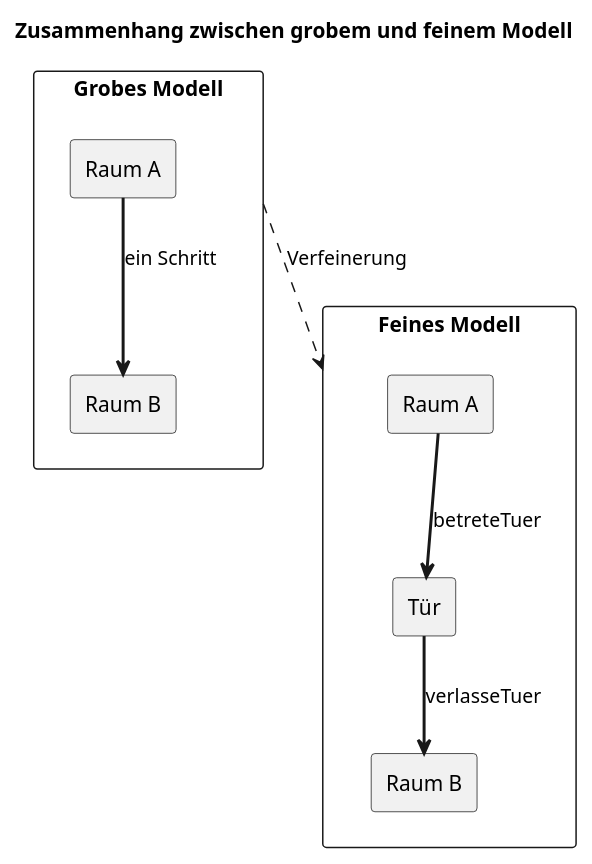
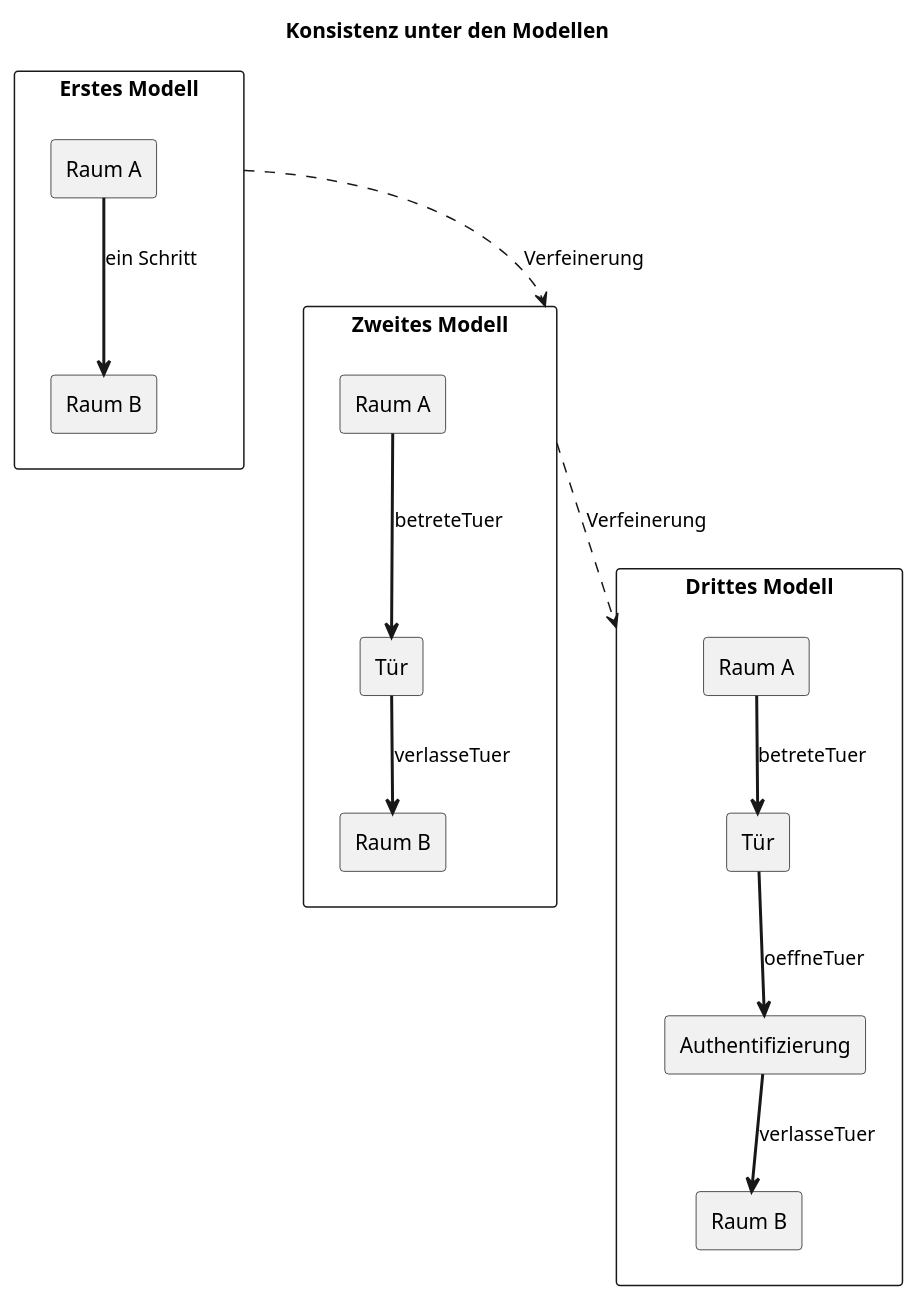
One commit to AnnaLiviaMartin/rs-smart-home changed the sixth of 6 diagrams in docs/IDEE.md. Above: the diagram before and after it, drawn with PlantUML. The commit also changed other lines of this file, not shown here.

````diff
--- a/docs/IDEE.md
+++ b/docs/IDEE.md
@@ -333,23 +380,35 @@
 ```plantuml
 @startuml
-title Zusammenhang zwischen grobem und feinem Modell
+title Konsistenz unter den Modellen
 
-rectangle "Grobes Modell" as Grob {
+rectangle "Erstes Modell" as Eins {
   rectangle "Raum A" as GA
   rectangle "Raum B" as GB
   GA -[bold]-> GB : ein Schritt
 }
 
-rectangle "Feines Modell" as Fein {
+rectangle "Zweites Modell" as Zwei {
   rectangle "Raum A" as FA
   rectangle "Tür" as FT
   rectangle "Raum B" as FB
 
   FA -[bold]-> FT : betreteTuer
   FT -[bold]-> FB : verlasseTuer
 }
 
-Grob ..> Fein : Verfeinerung
+rectangle "Drittes Modell" as Drei {
+  rectangle "Raum A" as DA
+  rectangle "Tür" as DT
+  rectangle "Authentifizierung" as DO
+  rectangle "Raum B" as DB
+
+  DA -[bold]-> DT : betreteTuer
+  DT -[bold]-> DO : oeffneTuer
+  DO -[bold]-> DB : verlasseTuer
+}
+
+Eins ..> Zwei : Verfeinerung
+Zwei ..> Drei : Verfeinerung
 
 @enduml
 ```
````
